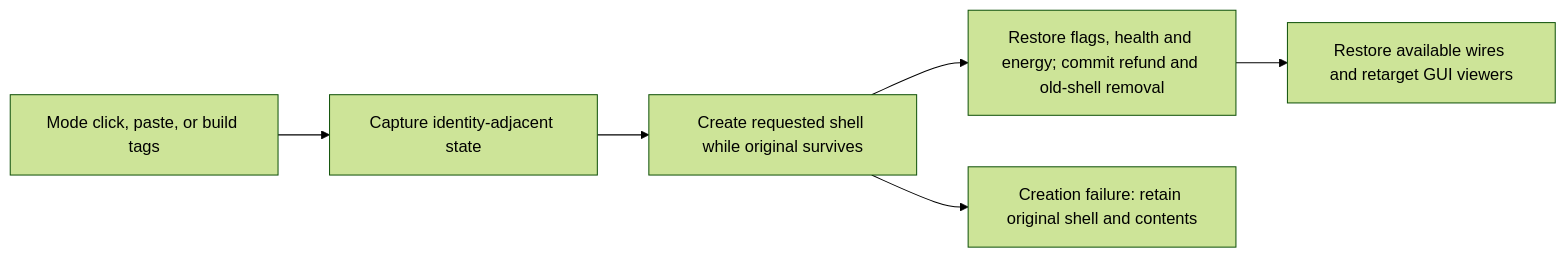
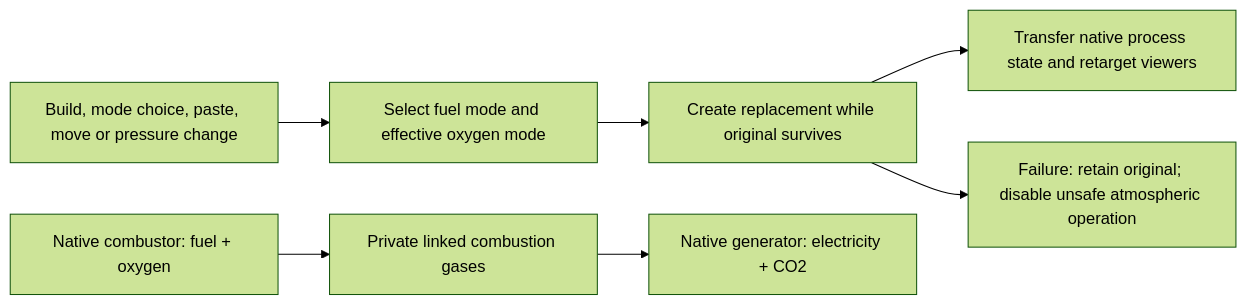
The diagram in .codex/esir/blueprints/combustion-turbine.md (aRighteousGod/exotic-space-industries-remembrance), drawn with Mermaid (forest theme) before and after one commit. The commit also changed other lines of this file and 42 other files, not shown here.

First line of the commit message:
Add oxygen-fed combustion turbines and optional ash collection

````diff
--- a/.codex/esir/blueprints/combustion-turbine.md
+++ b/.codex/esir/blueprints/combustion-turbine.md
@@ -12,8 +21,9 @@
 ```mermaid
 flowchart LR
-  A["Mode click, paste, or build tags"] --> B["Capture identity-adjacent state"]
-  B --> C["Create requested shell while original survives"]
-  C --> D["Restore flags, health and energy; commit refund and old-shell removal"]
-  D --> F["Restore available wires and retarget GUI viewers"]
-  C --> E["Creation failure: retain original shell and contents"]
+  A["Build, mode choice, paste, move or pressure change"] --> B["Select fuel mode and effective oxygen mode"]
+  B --> C["Create replacement while original survives"]
+  C --> D["Transfer native process state and retarget viewers"]
+  C --> E["Failure: retain original; disable unsafe atmospheric operation"]
+  F["Native combustor: fuel + oxygen"] --> G["Private linked combustion gases"]
+  G --> H["Native generator: electricity + CO2"]
 ```
````
